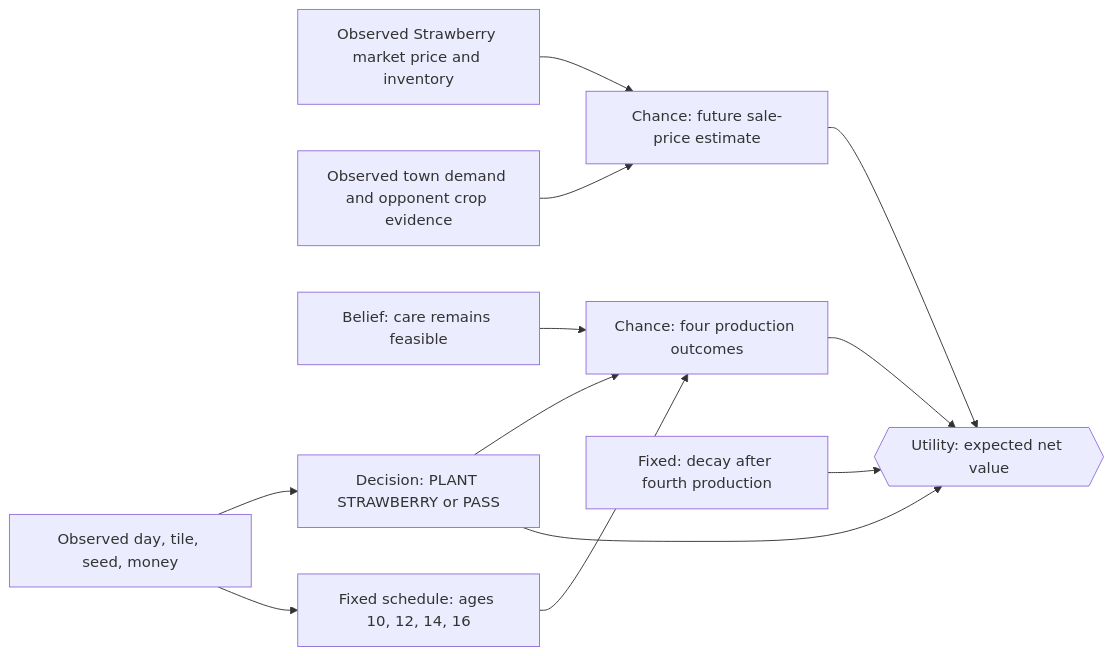
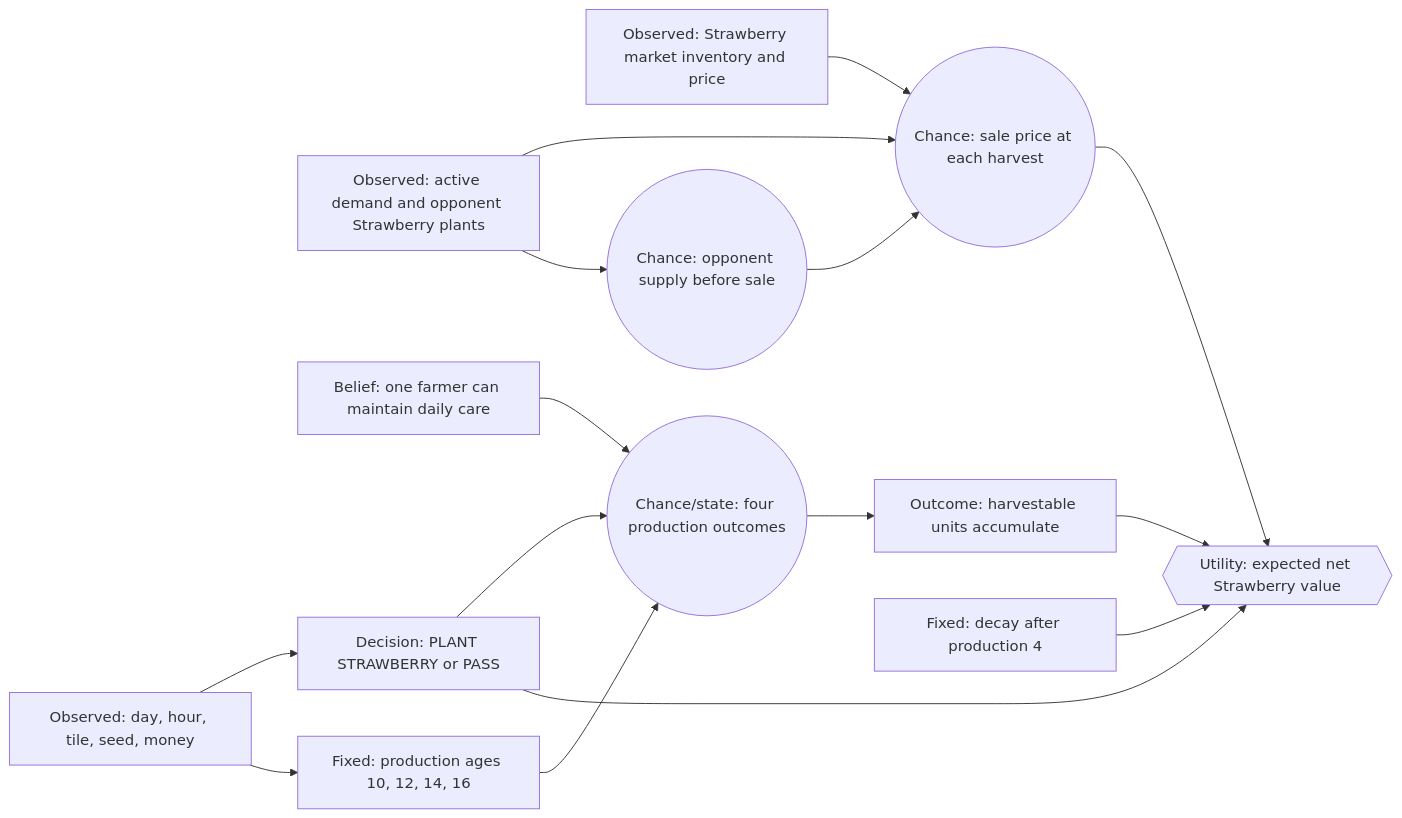
One commit to Applied-Agent-Works/kaggriculture changed the diagram in strawberry-decision-network.md. Above: the diagram before and after it, drawn with Mermaid. The commit also changed other lines of this file and 2 other files, not shown here.

First line of the commit message:
Refactor ongoing_crop.py and update documentation for strawberry network

````diff
--- a/strawberry-decision-network.md
+++ b/strawberry-decision-network.md
@@ -25,25 +43,32 @@
 ```mermaid
 flowchart LR
-    State[Observed day, tile, seed, money]
-    Market[Observed Strawberry market price and inventory]
-    Demand[Observed town demand and opponent crop evidence]
-    Care[Belief: care remains feasible]
-    Schedule[Fixed schedule: ages 10, 12, 14, 16]
-    Production[Chance: four production outcomes]
-    Price[Chance: future sale-price estimate]
-    Plant[Decision: PLANT STRAWBERRY or PASS]
-    Utility{{"Utility: expected net value"}}
-    Decay[Fixed: decay after fourth production]
+    State["Observed: day, hour, tile, seed, money"]
+    Market["Observed: Strawberry market inventory and price"]
+    Demand["Observed: active demand and opponent Strawberry plants"]
+    Care["Belief: one farmer can maintain daily care"]
+    Schedule["Fixed: production ages 10, 12, 14, 16"]
+
+    Production(("Chance/state: four production outcomes"))
+    Price(("Chance: sale price at each harvest"))
+    Supply(("Chance: opponent supply before sale"))
+    Harvests["Outcome: harvestable units accumulate"]
+
+    Plant["Decision: PLANT STRAWBERRY or PASS"]
+    Utility{{"Utility: expected net Strawberry value"}}
+    Decay["Fixed: decay after production 4"]
 
     State --> Plant
     State --> Schedule
     Market --> Price
     Demand --> Price
+    Demand --> Supply
     Care --> Production
     Schedule --> Production
+    Supply --> Price
     Plant --> Production
-    Production --> Utility
+    Production --> Harvests
+    Harvests --> Utility
     Price --> Utility
     Plant --> Utility
     Decay --> Utility
 ```
````
